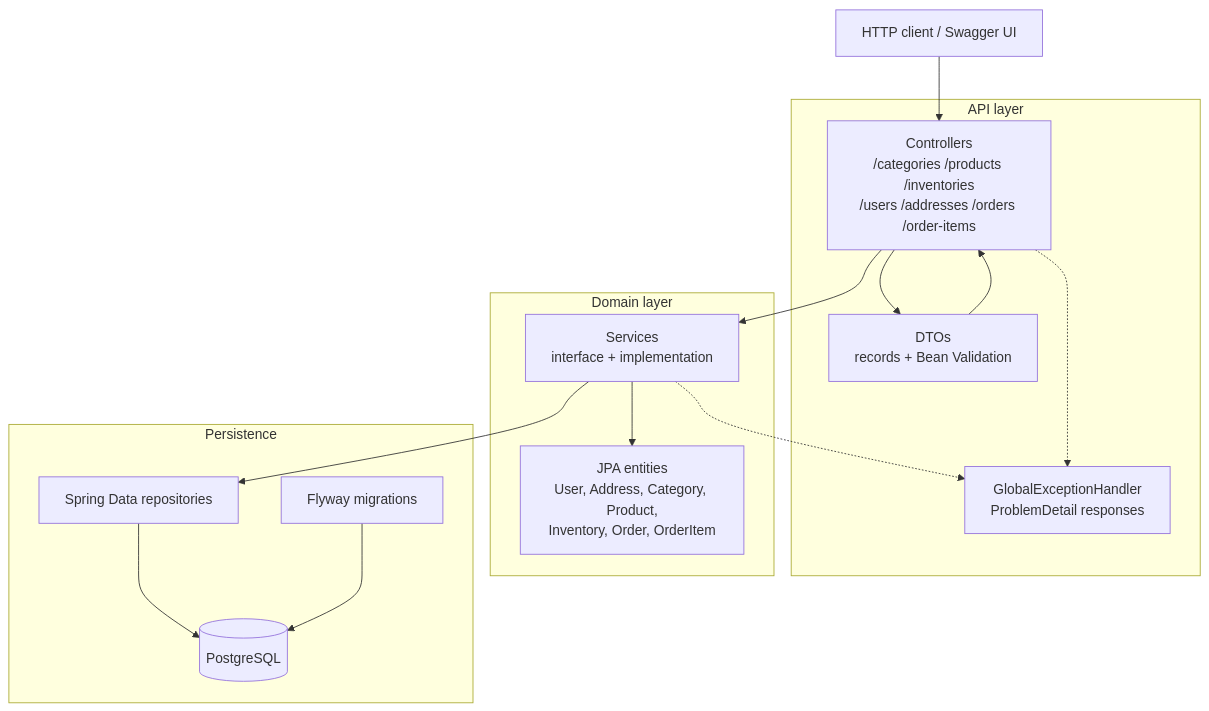
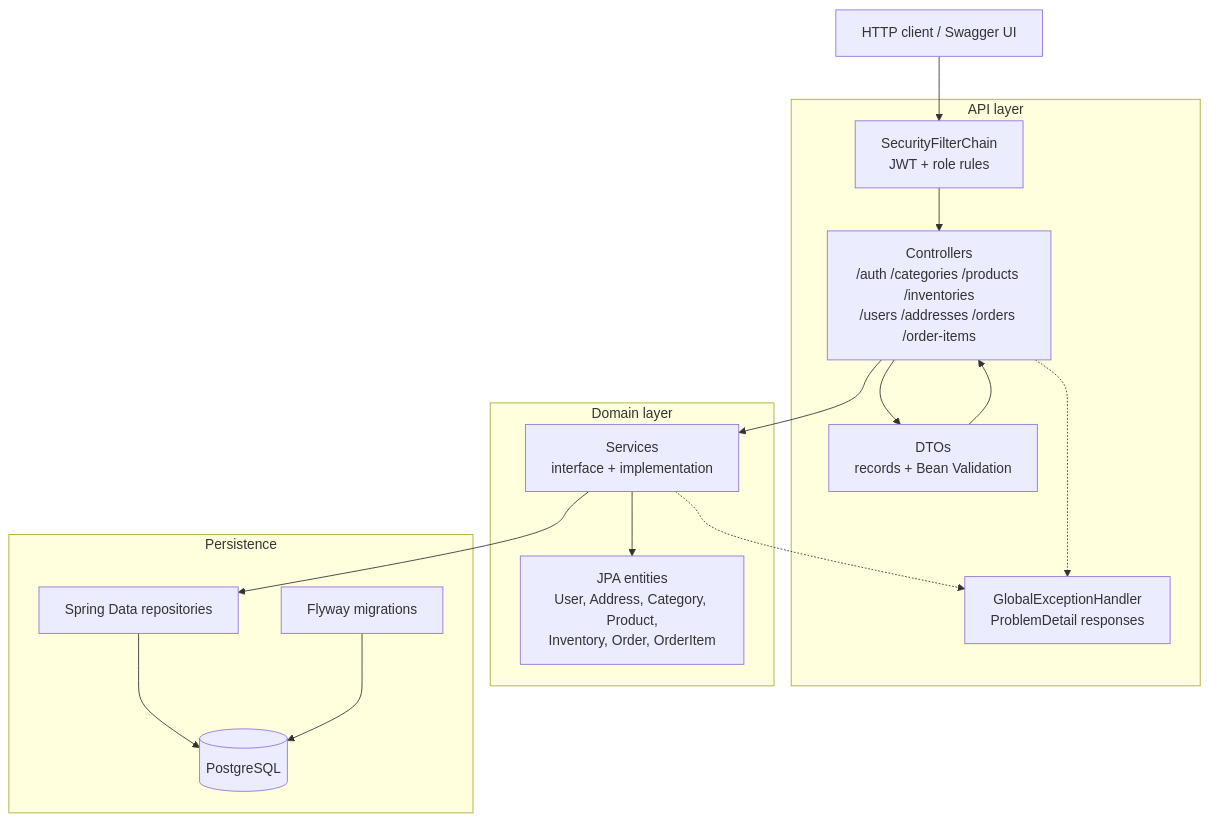
Before and after one commit to angeldavid2002/SpringEcomerce: the first of 4 diagrams in README.md, drawn with Mermaid. The commit also changed other lines of this file, not shown here.

First line of the commit message:
docs: document jwt authentication and role permissions

````diff
--- a/README.md
+++ b/README.md
@@ -125,32 +148,34 @@
 ```mermaid
 flowchart TD
     Client["HTTP client / Swagger UI"]
 
     subgraph API["API layer"]
-        Controller["Controllers<br/>/categories /products /inventories<br/>/users /addresses /orders /order-items"]
+        Security["SecurityFilterChain<br/>JWT + role rules"]
+        Controller["Controllers<br/>/auth /categories /products /inventories<br/>/users /addresses /orders /order-items"]
         DTO["DTOs<br/>records + Bean Validation"]
         Handler["GlobalExceptionHandler<br/>ProblemDetail responses"]
     end
 
     subgraph Domain["Domain layer"]
         Service["Services<br/>interface + implementation"]
         Entity["JPA entities<br/>User, Address, Category, Product,<br/>Inventory, Order, OrderItem"]
     end
 
     subgraph Persistence["Persistence"]
         Repository["Spring Data repositories"]
         DB[("PostgreSQL")]
         Flyway["Flyway migrations"]
     end
 
-    Client --> Controller
+    Client --> Security
+    Security --> Controller
     Controller --> DTO
     Controller --> Service
     DTO --> Controller
     Service --> Entity
     Service --> Repository
     Repository --> DB
     Flyway --> DB
     Controller -.-> Handler
     Service -.-> Handler
 ```
````
